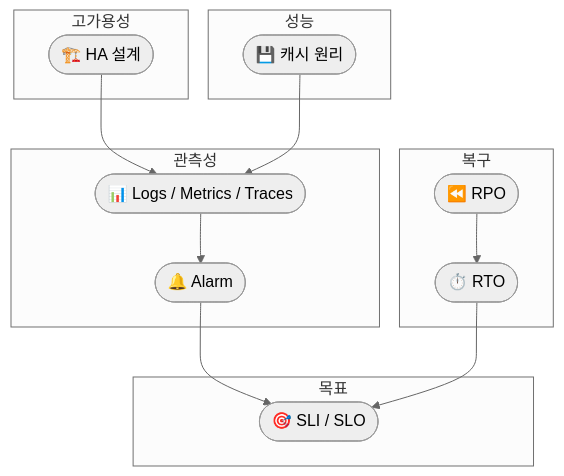
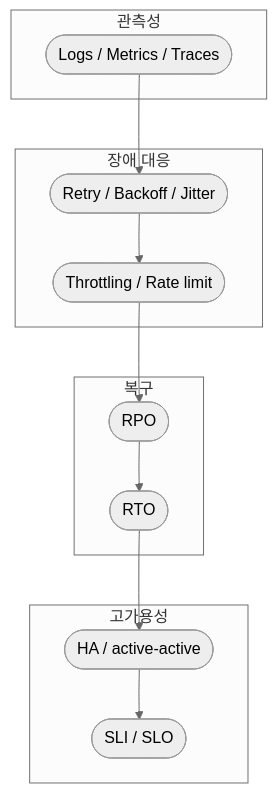
Before and after one commit to gwonmin/QuizNox_front: the fifth of 5 diagrams in public/handbook/core-cs/real-system-diagrams.md, drawn with Mermaid (neutral theme). The commit also changed other lines of this file and 125 other files, not shown here.

````diff
--- a/public/handbook/core-cs/real-system-diagrams.md
+++ b/public/handbook/core-cs/real-system-diagrams.md
@@ -134,26 +131,24 @@
 ```mermaid
 flowchart TB
-  subgraph ha [고가용성]
-    HA([🏗️ HA 설계])
+  subgraph observe [관측성]
+    O([Logs / Metrics / Traces])
   end
-  subgraph observe [관측성]
-    O([📊 Logs / Metrics / Traces])
-    AL([🔔 Alarm])
+  subgraph failure [장애 대응]
+    RB([Retry / Backoff / Jitter])
+    TH([Throttling / Rate limit])
   end
   subgraph dr [복구]
-    RPO([⏪ RPO])
-    RTO([⏱️ RTO])
+    RPO([RPO])
+    RTO([RTO])
   end
-  subgraph goal [목표]
-    S([🎯 SLI / SLO])
+  subgraph ha [고가용성]
+    HA([HA / active-active])
+    SLO([SLI / SLO])
   end
-  subgraph perf [성능]
-    C([💾 캐시 원리])
-  end
-  HA --> O
-  O --> AL
-  AL --> S
+  O --> RB
+  RB --> TH
+  TH --> RPO
   RPO --> RTO
-  RTO --> S
-  C --> O
+  RTO --> HA
+  HA --> SLO
 ```
````
